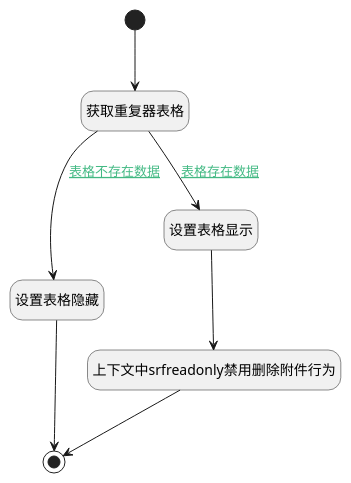
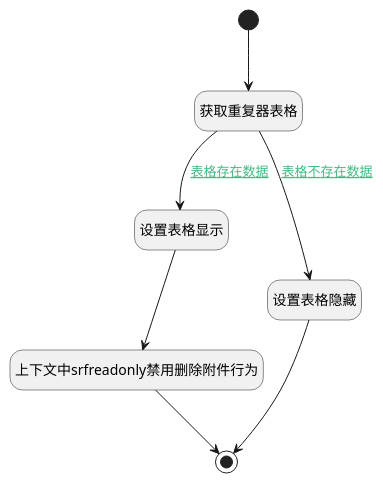
Before and after one commit to iBizLab/plm: the diagram in doc/docsify/module/Base/attachment/uilogic/calc_attachment_hidden.md, drawn with PlantUML. The commit also changed other lines of this file and 1778 other files, not shown here.

````diff
--- a/doc/docsify/module/Base/attachment/uilogic/calc_attachment_hidden.md
+++ b/doc/docsify/module/Base/attachment/uilogic/calc_attachment_hidden.md
@@ -7,28 +7,28 @@
 ```plantuml
 @startuml
 hide footbox
 <style>
 root {
   HyperlinkColor #42b983
 }
 </style>
 
 hide empty description
 state "开始" as Begin <<start>> [[$./calc_attachment_hidden#begin {开始}]]
+state "结束" as END1 <<end>> [[$./calc_attachment_hidden#end1 {结束}]]
+state "上下文中srfreadonly禁用删除附件行为" as RAWJSCODE1  [[$./calc_attachment_hidden#rawjscode1 {上下文中srfreadonly禁用删除附件行为}]]
+state "设置表格显示" as PREPAREJSPARAM2  [[$./calc_attachment_hidden#preparejsparam2 {设置表格显示}]]
 state "获取重复器表格" as PREPAREJSPARAM1  [[$./calc_attachment_hidden#preparejsparam1 {获取重复器表格}]]
 state "设置表格隐藏" as PREPAREJSPARAM3  [[$./calc_attachment_hidden#preparejsparam3 {设置表格隐藏}]]
-state "上下文中srfreadonly禁用删除附件行为" as RAWJSCODE1  [[$./calc_attachment_hidden#rawjscode1 {上下文中srfreadonly禁用删除附件行为}]]
-state "结束" as END1 <<end>> [[$./calc_attachment_hidden#end1 {结束}]]
-state "设置表格显示" as PREPAREJSPARAM2  [[$./calc_attachment_hidden#preparejsparam2 {设置表格显示}]]
 
 
 Begin --> PREPAREJSPARAM1
 PREPAREJSPARAM1 --> PREPAREJSPARAM2 : [[$./calc_attachment_hidden#preparejsparam1-preparejsparam2{表格存在数据} 表格存在数据]]
 PREPAREJSPARAM2 --> RAWJSCODE1
 RAWJSCODE1 --> END1
 PREPAREJSPARAM1 --> PREPAREJSPARAM3 : [[$./calc_attachment_hidden#preparejsparam1-preparejsparam3{表格不存在数据} 表格不存在数据]]
 PREPAREJSPARAM3 --> END1
 
 
 @enduml
 ```
````
